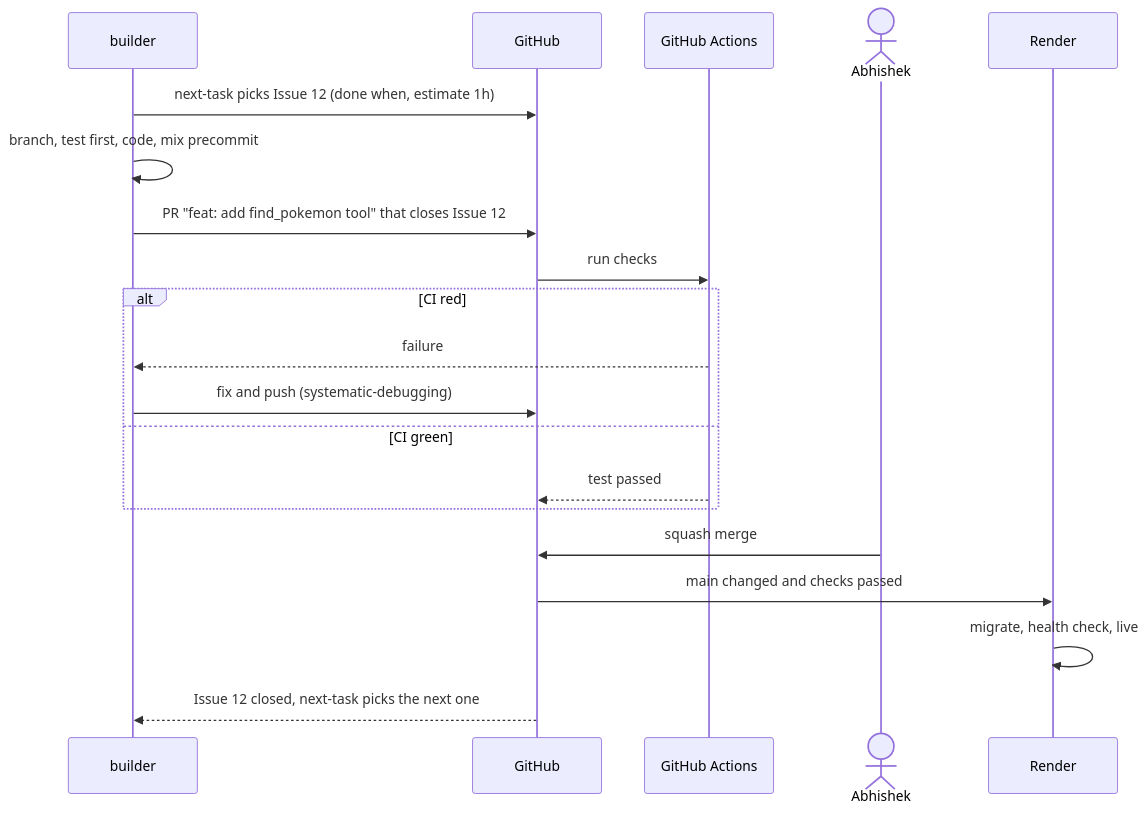
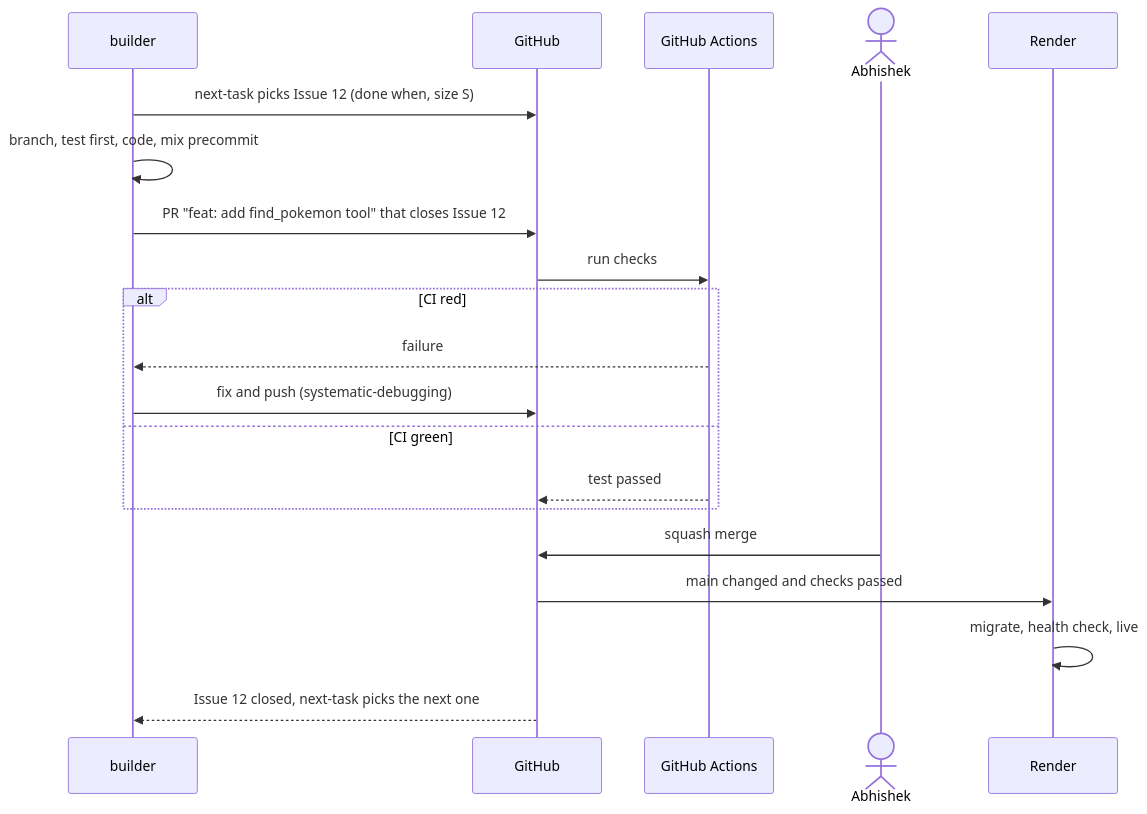
One commit to darth-dodo/maya changed the second of 2 diagrams in FACTORY.md. Above: the diagram before and after it, drawn with Mermaid. The commit also changed other lines of this file and 17 other files, not shown here.

````diff
--- a/FACTORY.md
+++ b/FACTORY.md
@@ -64,22 +64,22 @@
 ```mermaid
 sequenceDiagram
     participant B as builder
     participant GH as GitHub
     participant CI as GitHub Actions
     actor A as Abhishek
     participant R as Render
-    B->>GH: next-task picks Issue 12 (done when, estimate 1h)
+    B->>GH: next-task picks Issue 12 (done when, size S)
     B->>B: branch, test first, code, mix precommit
     B->>GH: PR "feat: add find_pokemon tool" that closes Issue 12
     GH->>CI: run checks
     alt CI red
         CI-->>B: failure
         B->>GH: fix and push (systematic-debugging)
     else CI green
         CI-->>GH: test passed
     end
     A->>GH: squash merge
     GH->>R: main changed and checks passed
     R->>R: migrate, health check, live
     GH-->>B: Issue 12 closed, next-task picks the next one
 ```
````
